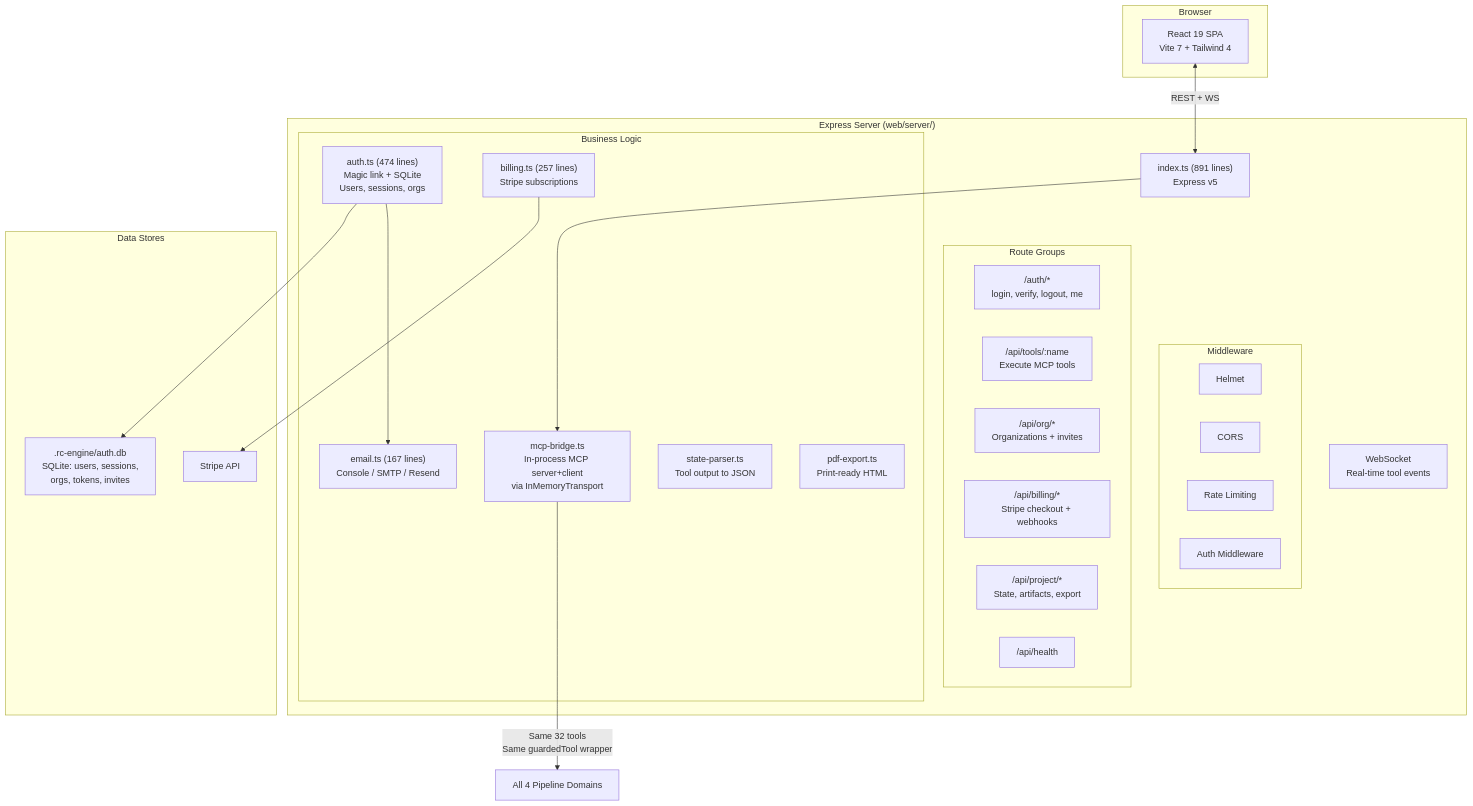
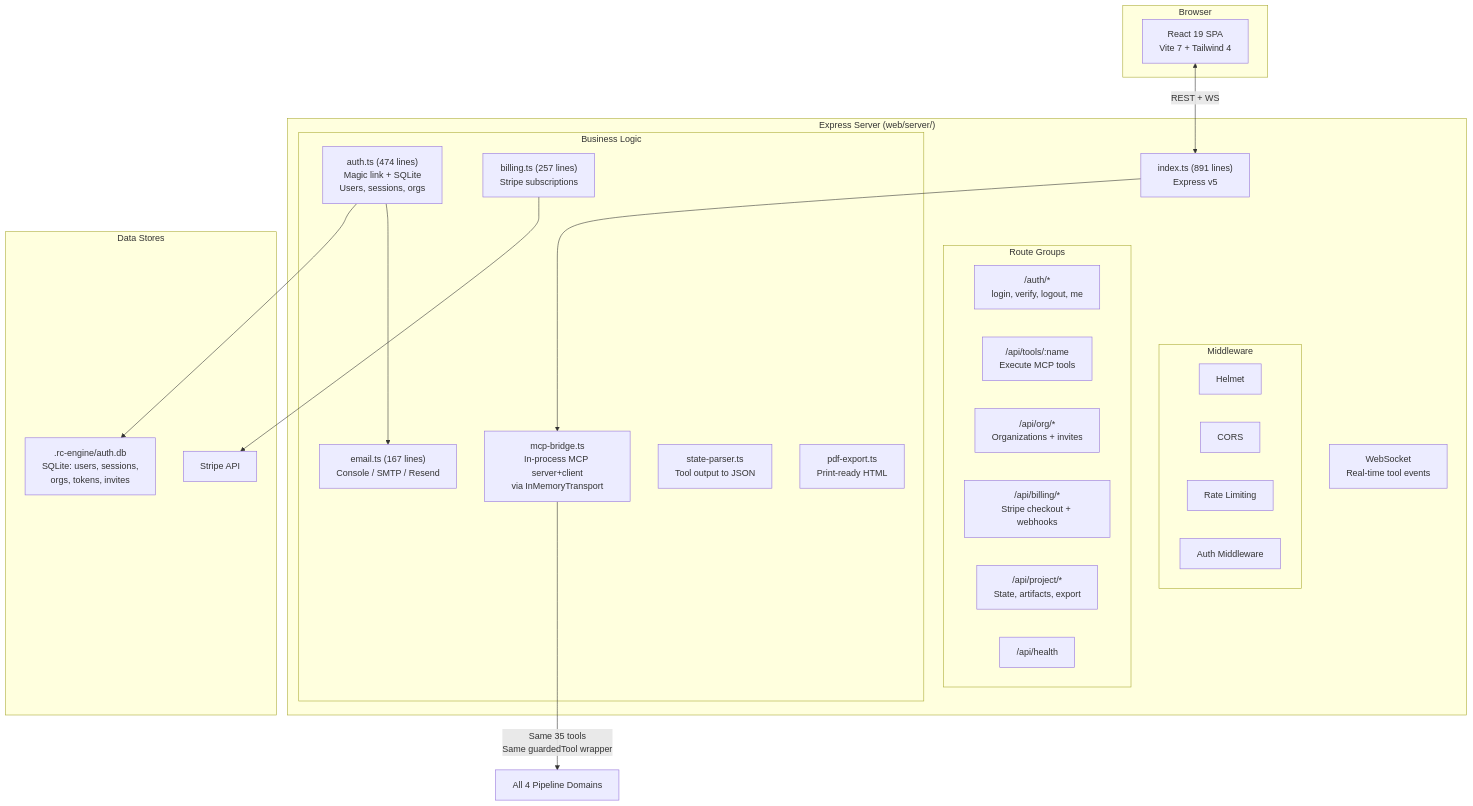
One commit to originalrashmi/rc-engine-product-framework changed diagram 11 of 19 in docs/ARCHITECTURE.md. Above: the diagram before and after it, drawn with Mermaid. The commit also changed other lines of this file and 13 other files, not shown here.

````diff
--- a/docs/ARCHITECTURE.md
+++ b/docs/ARCHITECTURE.md
@@ -568,49 +568,49 @@
 ```mermaid
 graph TD
     subgraph "Browser"
         SPA["React 19 SPA<br/>Vite 7 + Tailwind 4"]
     end
 
     subgraph "Express Server (web/server/)"
         SERVER["index.ts (891 lines)<br/>Express v5"]
 
         subgraph "Middleware"
             HELMET[Helmet]
             CORS_MW[CORS]
             RATE[Rate Limiting]
             AUTH_MW[Auth Middleware]
         end
 
         subgraph "Route Groups"
             AUTH_R["/auth/*<br/>login, verify, logout, me"]
             API_R["/api/tools/:name<br/>Execute MCP tools"]
             ORG_R["/api/org/*<br/>Organizations + invites"]
             BILL_R["/api/billing/*<br/>Stripe checkout + webhooks"]
             PROJ_R["/api/project/*<br/>State, artifacts, export"]
             HEALTH["/api/health"]
         end
 
         subgraph "Business Logic"
             MCP_BRIDGE["mcp-bridge.ts<br/>In-process MCP server+client<br/>via InMemoryTransport"]
             AUTH_SYS["auth.ts (474 lines)<br/>Magic link + SQLite<br/>Users, sessions, orgs"]
             BILLING["billing.ts (257 lines)<br/>Stripe subscriptions"]
             EMAIL["email.ts (167 lines)<br/>Console / SMTP / Resend"]
             STATE_P["state-parser.ts<br/>Tool output to JSON"]
             PDF["pdf-export.ts<br/>Print-ready HTML"]
         end
 
         WS["WebSocket<br/>Real-time tool events"]
     end
 
     subgraph "Data Stores"
         AUTH_DB[".rc-engine/auth.db<br/>SQLite: users, sessions,<br/>orgs, tokens, invites"]
         STRIPE_API["Stripe API"]
     end
 
     SPA <-->|REST + WS| SERVER
     SERVER --> MCP_BRIDGE
-    MCP_BRIDGE -->|"Same 32 tools<br/>Same guardedTool wrapper"| DOMAINS["All 4 Pipeline Domains"]
+    MCP_BRIDGE -->|"Same 35 tools<br/>Same guardedTool wrapper"| DOMAINS["All 4 Pipeline Domains"]
     AUTH_SYS --> AUTH_DB
     BILLING --> STRIPE_API
     AUTH_SYS --> EMAIL
 ```
````
